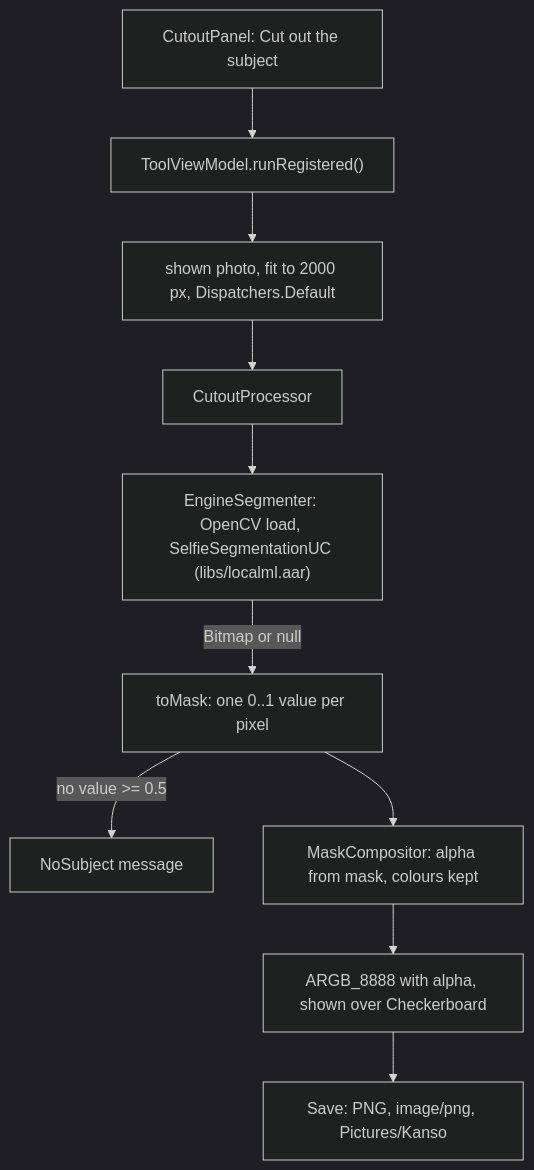
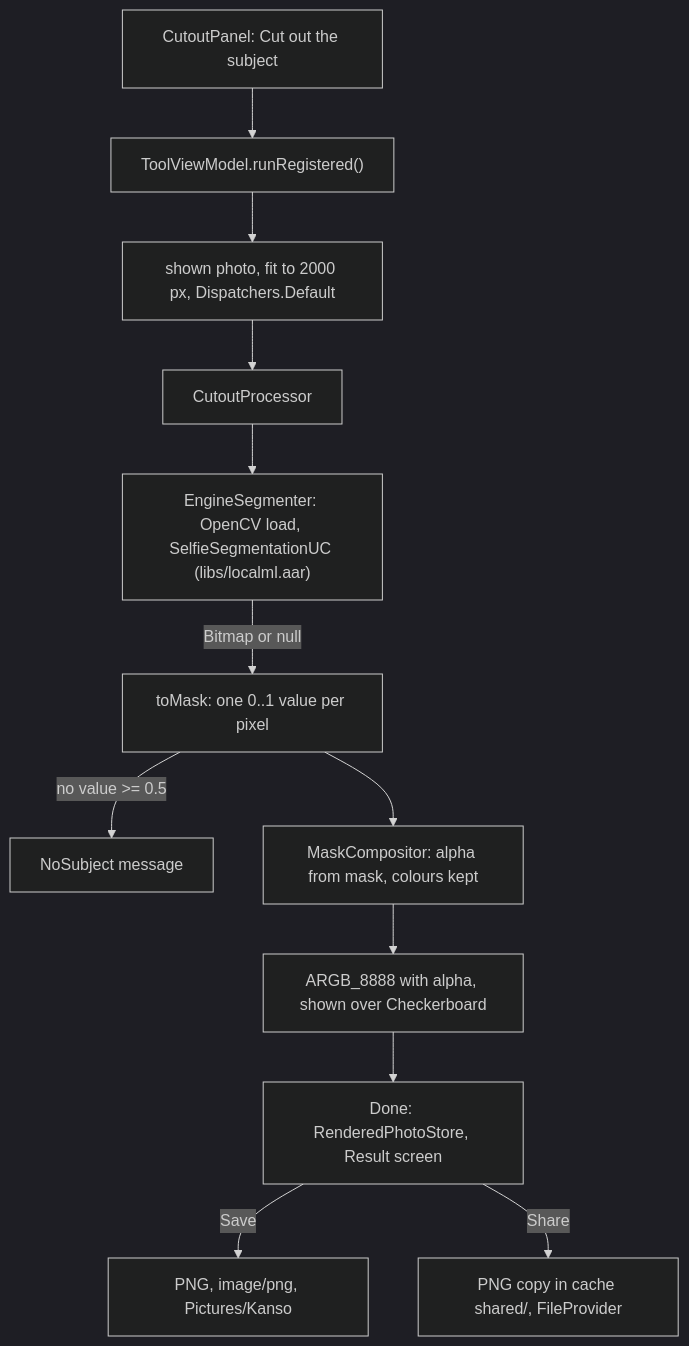
Before and after one commit to Phong-Kaster/Kanso: the diagram in docs/features/remove-background.md, drawn with Mermaid (dark theme). The commit also changed other lines of this file and 39 other files, not shown here.

````diff
--- a/docs/features/remove-background.md
+++ b/docs/features/remove-background.md
@@ -44,12 +49,14 @@
 ```mermaid
 flowchart TD
     A["CutoutPanel: Cut out the subject"] --> B["ToolViewModel.runRegistered()"]
     B --> C["shown photo, fit to 2000 px, Dispatchers.Default"]
     C --> D["CutoutProcessor"]
     D --> E["EngineSegmenter: OpenCV load, SelfieSegmentationUC (libs/localml.aar)"]
     E -->|"Bitmap or null"| F["toMask: one 0..1 value per pixel"]
     F -->|"no value >= 0.5"| N["NoSubject message"]
     F --> G["MaskCompositor: alpha from mask, colours kept"]
     G --> H["ARGB_8888 with alpha, shown over Checkerboard"]
-    H --> I["Save: PNG, image/png, Pictures/Kanso"]
+    H --> J["Done: RenderedPhotoStore, Result screen"]
+    J -->|Save| I["PNG, image/png, Pictures/Kanso"]
+    J -->|Share| K["PNG copy in cache shared/, FileProvider"]
 ```
````
